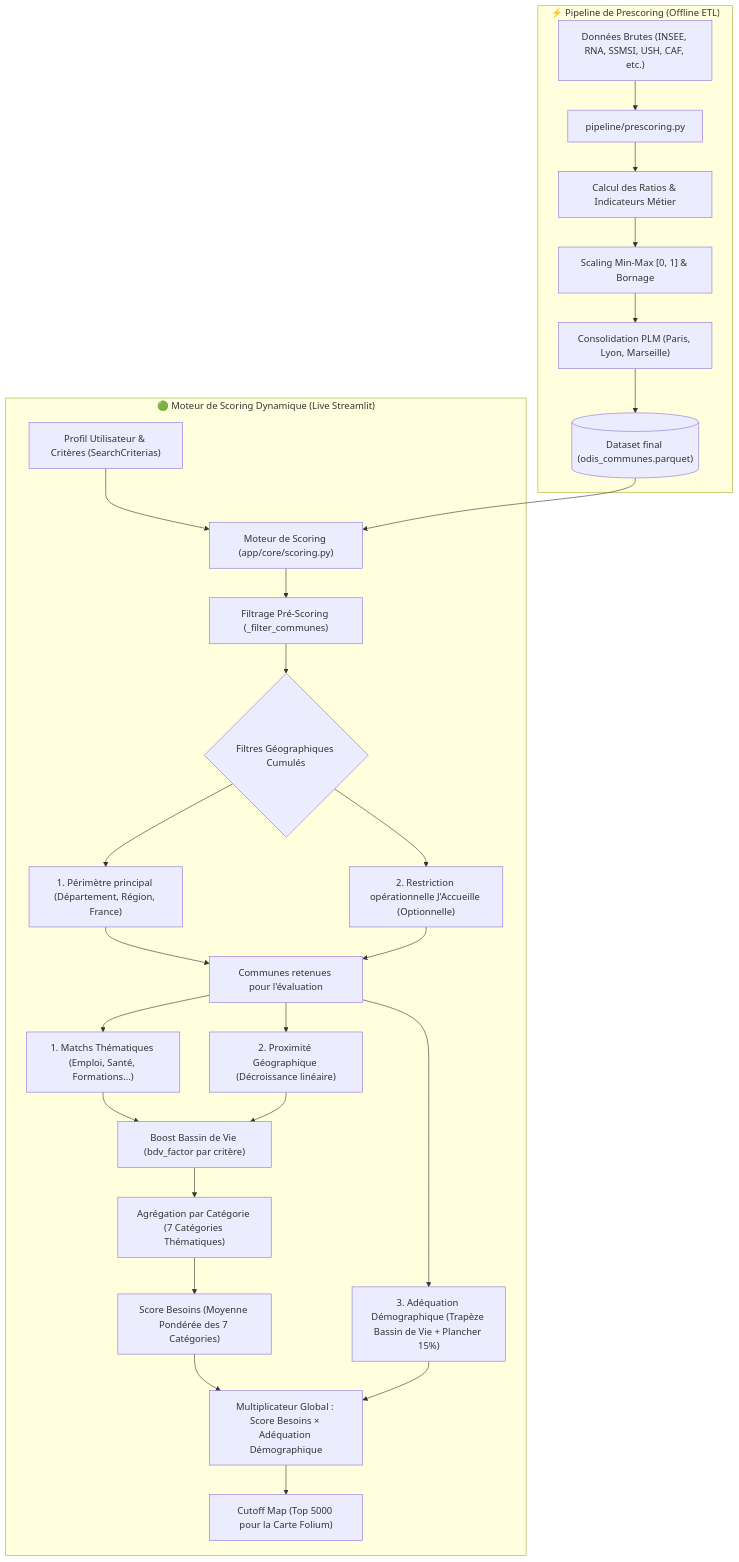
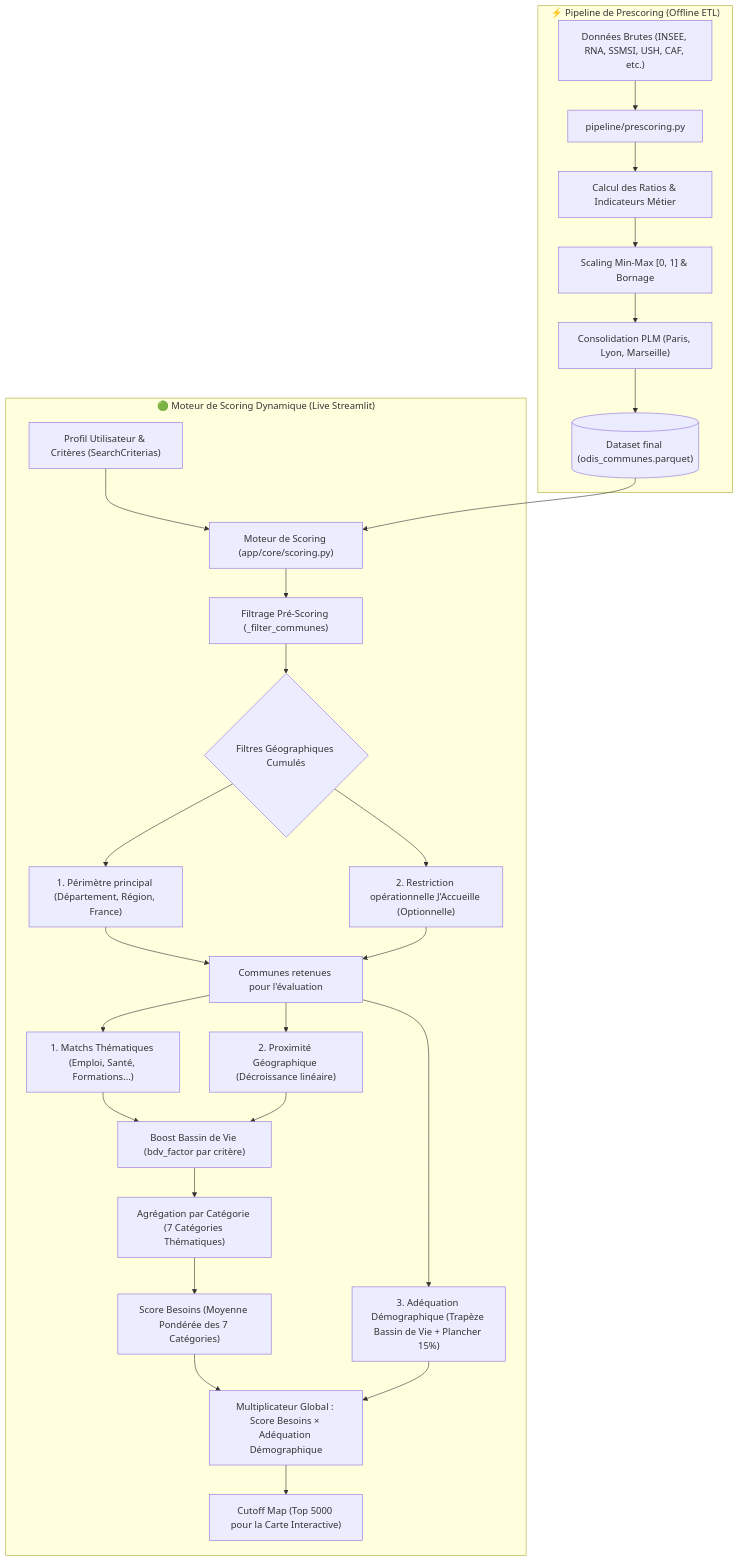
Before and after one commit to jbesan/13_odis_stream2: the diagram in SCORING.md, drawn with Mermaid. The commit also changed other lines of this file and 85 other files, not shown here.

````diff
--- a/SCORING.md
+++ b/SCORING.md
@@ -17,43 +17,43 @@
 ```mermaid
 graph TD
     %% Offline Pipeline (Pre-scoring)
     subgraph Offline ["⚡ Pipeline de Prescoring (Offline ETL)"]
         A["Données Brutes (INSEE, RNA, SSMSI, USH, CAF, etc.)"] --> B["pipeline/prescoring.py"]
         B --> C["Calcul des Ratios & Indicateurs Métier"]
         C --> D["Scaling Min-Max [0, 1] & Bornage"]
         D --> E["Consolidation PLM (Paris, Lyon, Marseille)"]
         E --> F[("Dataset final (odis_communes.parquet)")]
     end
 
     %% Online Engine (Live-scoring)
     subgraph Online ["🟢 Moteur de Scoring Dynamique (Live Streamlit)"]
         G["Profil Utilisateur & Critères (SearchCriterias)"] --> H["Moteur de Scoring (app/core/scoring.py)"]
         F --> H
         
         %% Filtering
         H --> H1["Filtrage Pré-Scoring (_filter_communes)"]
         H1 --> H2{"Filtres Géographiques Cumulés"}
         
         %% Geographic filters
         H2 --> H2a["1. Périmètre principal (Département, Région, France)"]
         H2 --> H2b["2. Restriction opérationnelle J'Accueille (Optionnelle)"]
         
         H2a & H2b --> H3["Communes retenues pour l'évaluation"]
         
         %% Dynamic Calculations
         H3 --> I1["1. Matchs Thématiques (Emploi, Santé, Formations...)"]
         H3 --> I2["2. Proximité Géographique (Décroissance linéaire)"]
         H3 --> I3["3. Adéquation Démographique (Trapèze Bassin de Vie + Plancher 15%)"]
         
         %% BdV Boost on domain criteria
         I1 & I2 --> J["Boost Bassin de Vie (bdv_factor par critère)"]
         
         %% Category aggregation
         J --> K["Agrégation par Catégorie (7 Catégories Thématiques)"]
         K --> L["Score Besoins (Moyenne Pondérée des 7 Catégories)"]
         
         %% Global Multiplier
         L & I3 --> M["Multiplicateur Global : Score Besoins × Adéquation Démographique"]
-        M --> N["Cutoff Map (Top 5000 pour la Carte Folium)"]
+        M --> N["Cutoff Map (Top 5000 pour la Carte Interactive)"]
     end
 ```
````
